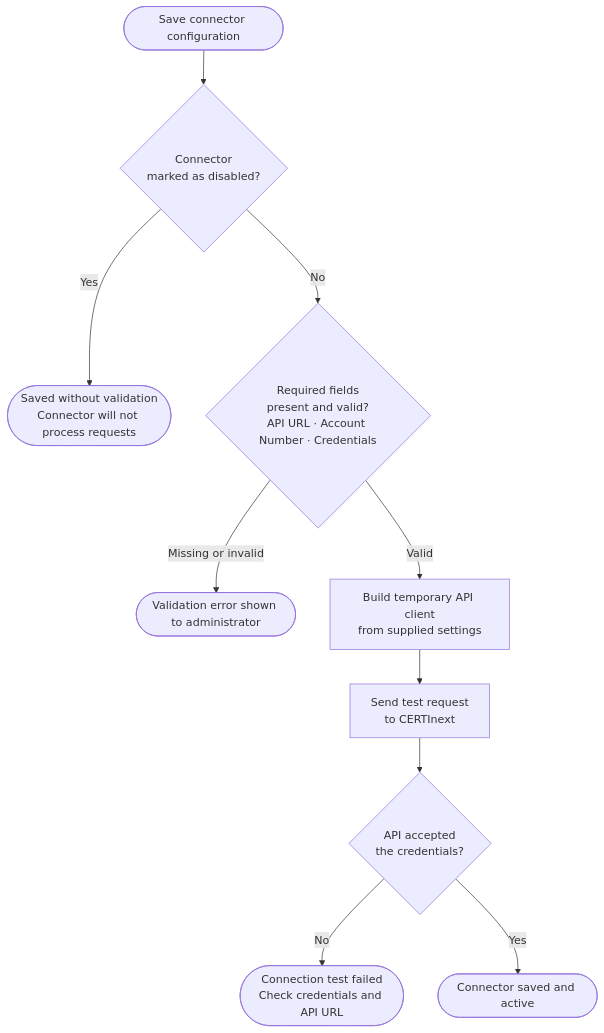
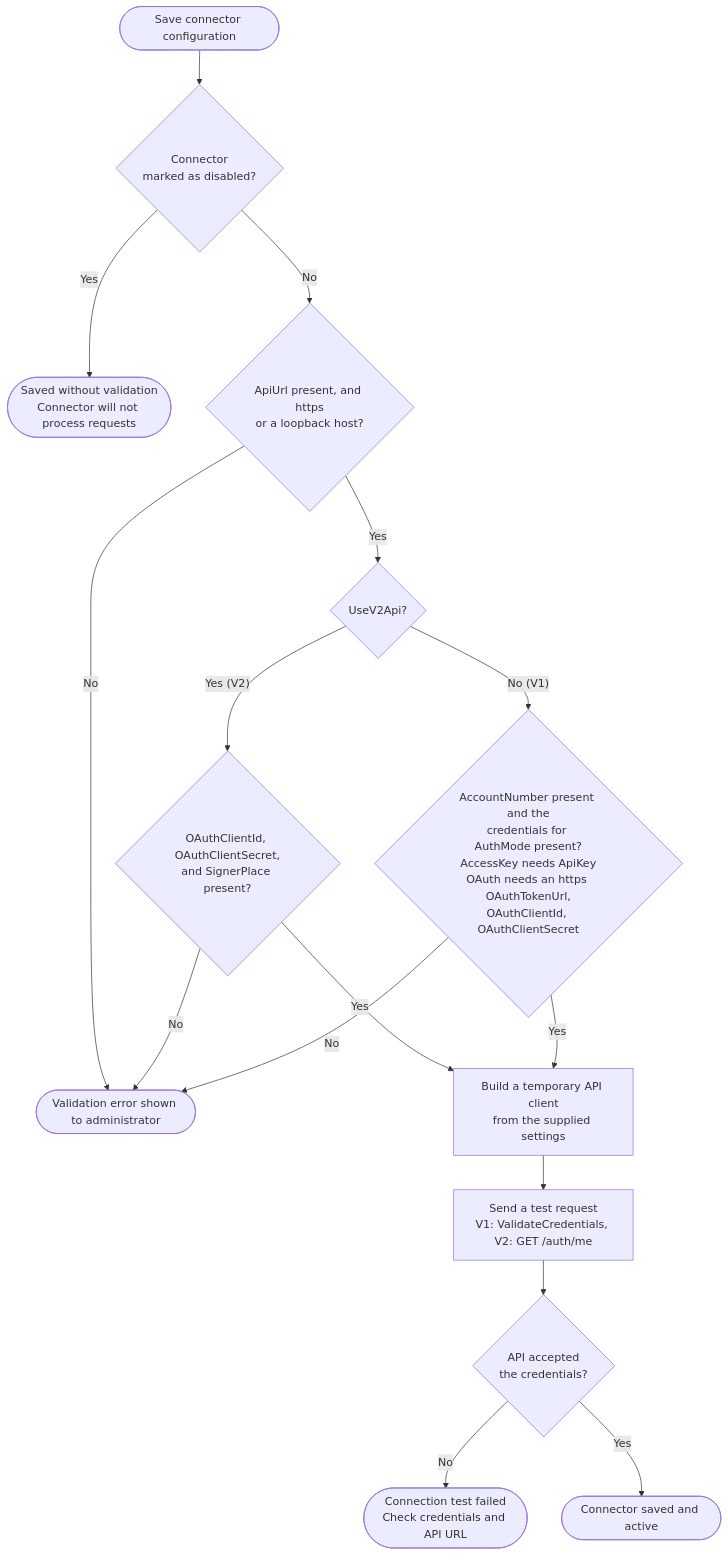
The tenth of 10 diagrams in docsource/architecture.md (Keyfactor/certinext-caplugin), drawn with Mermaid before and after one commit. The commit also changed other lines of this file and 2 other files, not shown here.

Commit message:
docs: correct architecture diagrams, migration guide, and developer guide against the code

````diff
--- a/docsource/architecture.md
+++ b/docsource/architecture.md
@@ -369,12 +455,18 @@
 ```mermaid
 flowchart TD
-    A([Save connector configuration]) --> B{Connector\nmarked as disabled?}
-    B -- Yes --> C([Saved without validation\nConnector will not process requests])
-    B -- No --> D{Required fields\npresent and valid?\nAPI URL · Account Number · Credentials}
-    D -- Missing or invalid --> E([Validation error shown to administrator])
-    D -- Valid --> F[Build temporary API client\nfrom supplied settings]
-    F --> G[Send test request\nto CERTInext]
-    G --> H{API accepted\nthe credentials?}
-    H -- No --> I([Connection test failed\nCheck credentials and API URL])
-    H -- Yes --> J([Connector saved and active])
+    A([Save connector configuration]) --> B{Connector<br/>marked as disabled?}
+    B -- Yes --> C(["Saved without validation<br/>Connector will not process requests"])
+    B -- No --> D{"ApiUrl present, and https<br/>or a loopback host?"}
+    D -- No --> E(["Validation error shown to administrator"])
+    D -- Yes --> F{UseV2Api?}
+    F -- "Yes (V2)" --> G{"OAuthClientId, OAuthClientSecret,<br/>and SignerPlace present?"}
+    F -- "No (V1)" --> H{"AccountNumber present and the<br/>credentials for AuthMode present?<br/>AccessKey needs ApiKey<br/>OAuth needs an https OAuthTokenUrl,<br/>OAuthClientId, OAuthClientSecret"}
+    G -- No --> E
+    H -- No --> E
+    G -- Yes --> I["Build a temporary API client<br/>from the supplied settings"]
+    H -- Yes --> I
+    I --> J["Send a test request<br/>V1: ValidateCredentials, V2: GET /auth/me"]
+    J --> K{API accepted<br/>the credentials?}
+    K -- No --> L(["Connection test failed<br/>Check credentials and API URL"])
+    K -- Yes --> M(["Connector saved and active"])
 ```
````
